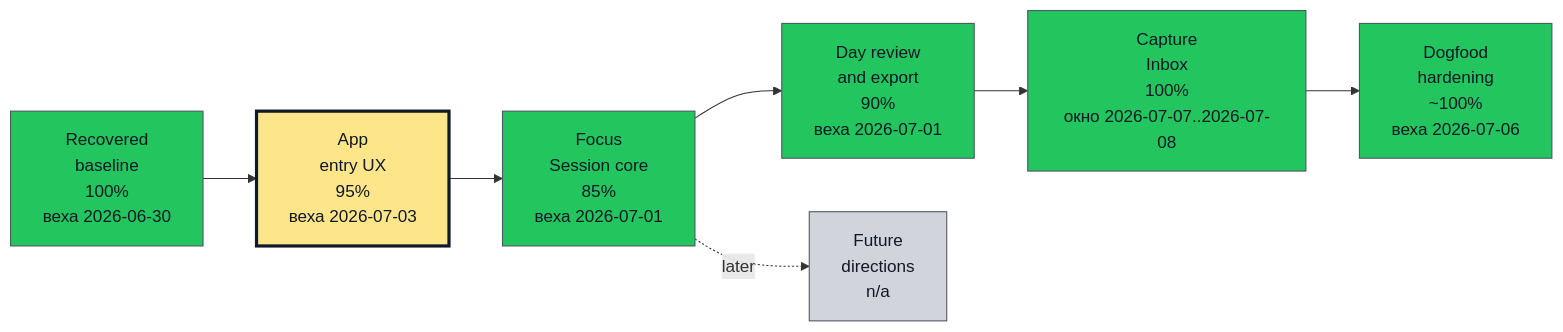
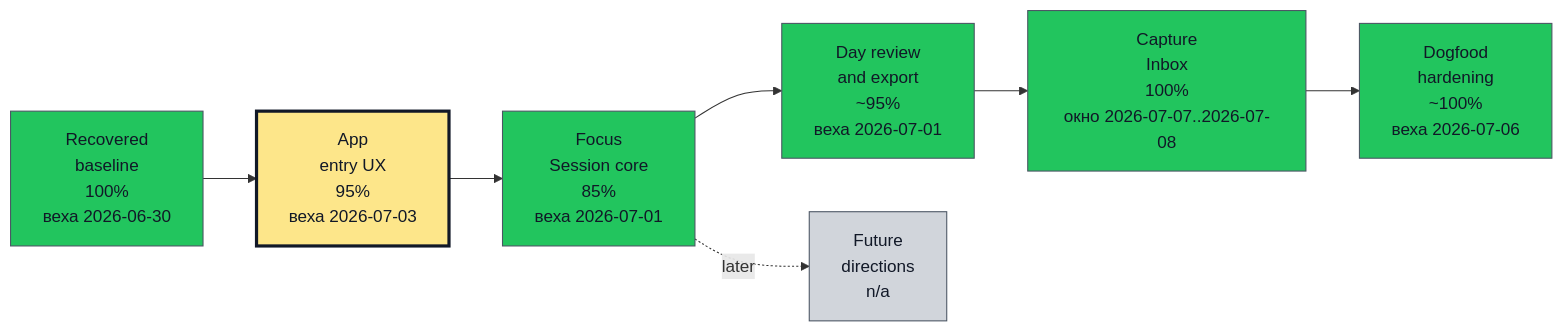
The first of 2 diagrams in docs/roadmap/opskarta.md (asukhodko/timeskein), drawn with Mermaid before and after one commit. The commit also changed other lines of this file and 35 other files, not shown here.

````diff
--- a/docs/roadmap/opskarta.md
+++ b/docs/roadmap/opskarta.md
@@ -19,35 +19,35 @@
 ```mermaid
 flowchart LR
 
     classDef exec_done fill:#22c55e,stroke:#4b5563,color:#111827,stroke-width:1px
     classDef exec_in_progress fill:#0ea5e9,stroke:#4b5563,color:#111827,stroke-width:1px
     classDef exec_blocked fill:#fecaca,stroke:#4b5563,color:#111827,stroke-width:1px
     classDef exec_not_started fill:#9ca3af,stroke:#4b5563,color:#111827,stroke-width:1px
     classDef exec_mgmt_green fill:#86efac,stroke:#4b5563,color:#111827,stroke-width:1px
     classDef exec_mgmt_yellow fill:#fde68a,stroke:#4b5563,color:#111827,stroke-width:1px
     classDef exec_mgmt_red fill:#fca5a5,stroke:#4b5563,color:#111827,stroke-width:1px
     classDef exec_mgmt_neutral fill:#d1d5db,stroke:#4b5563,color:#111827,stroke-width:1px
 
     recovered_baseline["Recovered<br/>baseline<br/>100%<br/>веха 2026-06-30"]
     class recovered_baseline exec_done
     app_entry_ux["App<br/>entry UX<br/>95%<br/>веха 2026-07-03"]
     class app_entry_ux exec_mgmt_yellow
     style app_entry_ux stroke:#111827,stroke-width:3px
     focus_session_core["Focus<br/>Session core<br/>85%<br/>веха 2026-07-01"]
     class focus_session_core exec_done
-    day_review_export["Day review<br/>and export<br/>90%<br/>веха 2026-07-01"]
+    day_review_export["Day review<br/>and export<br/>~95%<br/>веха 2026-07-01"]
     class day_review_export exec_done
     capture_inbox["Capture<br/>Inbox<br/>100%<br/>окно 2026-07-07..2026-07-08"]
     class capture_inbox exec_done
     dogfood_hardening["Dogfood<br/>hardening<br/>~100%<br/>веха 2026-07-06"]
     class dogfood_hardening exec_done
     future_directions["Future<br/>directions<br/>n/a"]
     class future_directions exec_mgmt_neutral
 
     recovered_baseline --> app_entry_ux
     app_entry_ux --> focus_session_core
     focus_session_core --> day_review_export
     day_review_export --> capture_inbox
     capture_inbox --> dogfood_hardening
     focus_session_core -. later .-> future_directions
 ```
````
